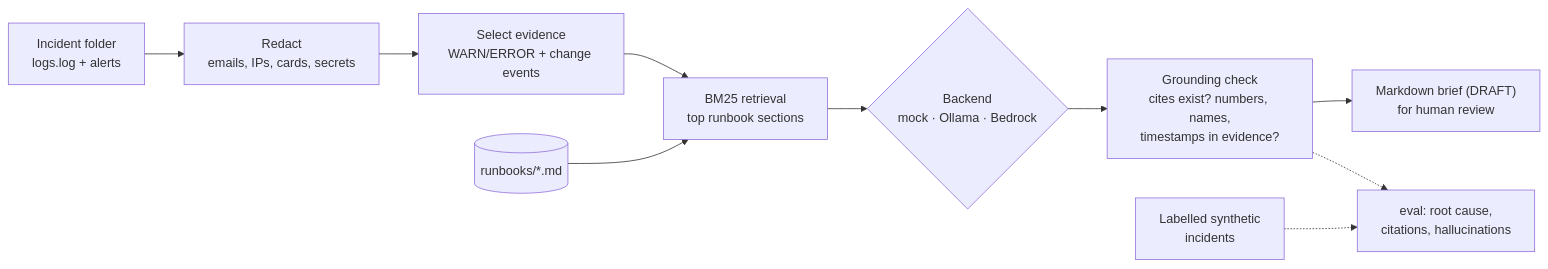
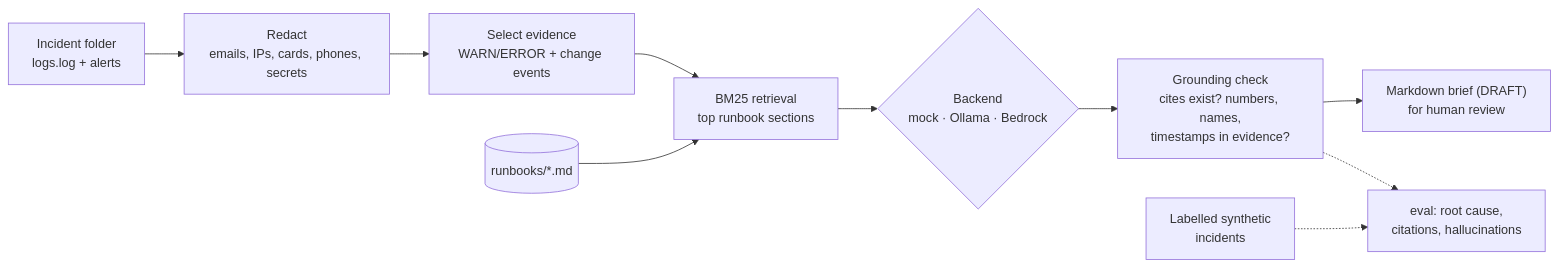
The diagram in README.md (mahidhar-salla/aiops-incident-assistant), drawn with Mermaid before and after one commit. The commit also changed other lines of this file and 4 other files, not shown here.

````diff
--- a/README.md
+++ b/README.md
@@ -19,12 +19,12 @@
 ```mermaid
 flowchart LR
-    src["Incident folder<br/>logs.log + alerts"] --> redact["Redact<br/>emails, IPs, cards, secrets"]
+    src["Incident folder<br/>logs.log + alerts"] --> redact["Redact<br/>emails, IPs, cards, phones, secrets"]
     redact --> select["Select evidence<br/>WARN/ERROR + change events"]
     rb[("runbooks/*.md")] --> retrieve["BM25 retrieval<br/>top runbook sections"]
     select --> retrieve
     retrieve --> backend{"Backend<br/>mock · Ollama · Bedrock"}
     backend --> ground["Grounding check<br/>cites exist? numbers, names,<br/>timestamps in evidence?"]
     ground --> brief["Markdown brief (DRAFT)<br/>for human review"]
     labels["Labelled synthetic<br/>incidents"] -.-> eval["eval: root cause,<br/>citations, hallucinations"]
     ground -.-> eval
 ```
````
